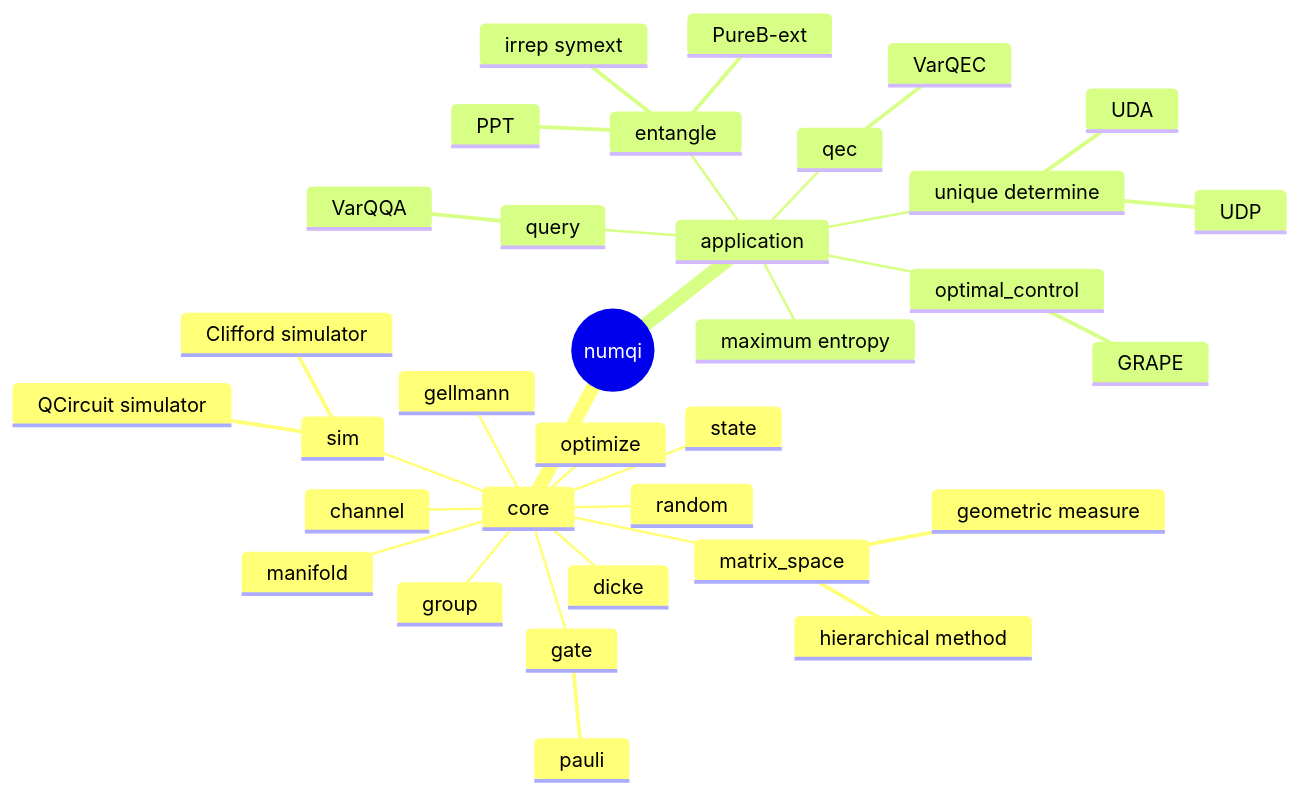
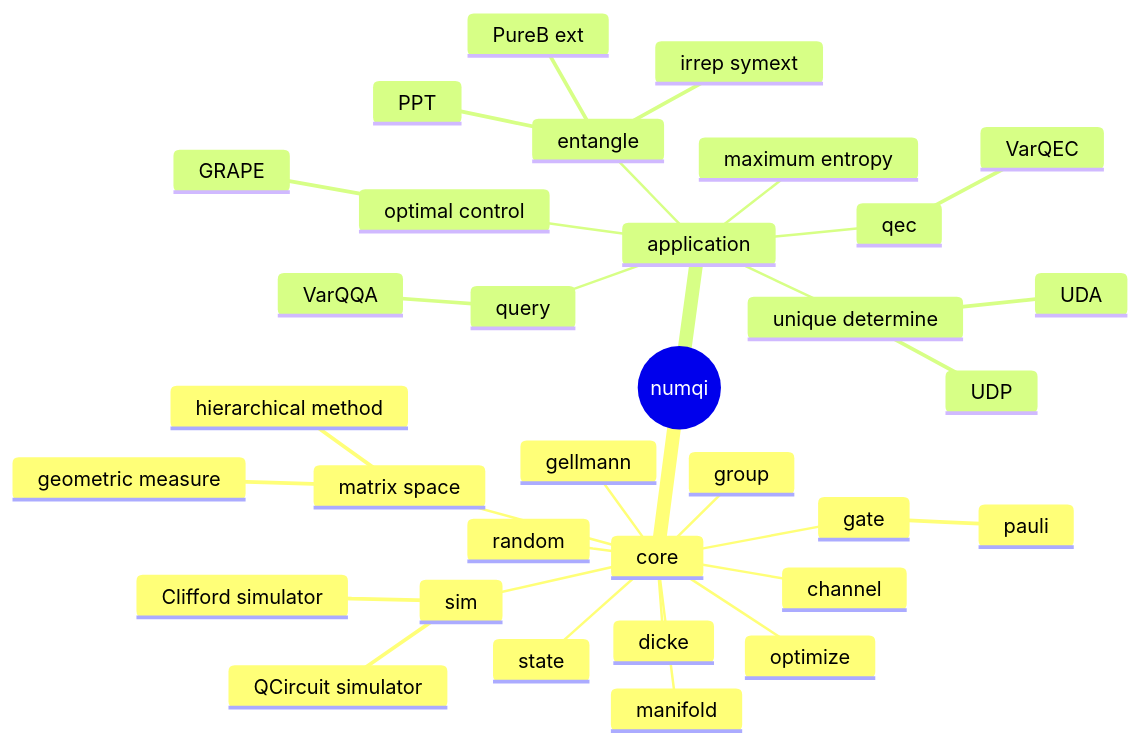
Before and after one commit to numqi/numqi: the first of 2 diagrams in README.md, drawn with Mermaid. The commit also changed other lines of this file and 3 other files, not shown here.

````diff
--- a/README.md
+++ b/README.md
@@ -78,36 +11,36 @@
 ```mermaid
 mindmap
    root((numqi))
       core
          manifold
          random
          optimize
          state
          gate
             pauli
          sim
             QCircuit simulator
             Clifford simulator
          dicke
          gellmann
          channel
-         matrix_space
+         matrix space
             geometric measure
             hierarchical method
          group
       application
          entangle
-            PureB-ext
+            PureB ext
             irrep symext
             PPT
          qec
             VarQEC
          maximum entropy
          unique determine
             UDA
             UDP
          query
             VarQQA
-         optimal_control
+         optimal control
             GRAPE
 ```
````
